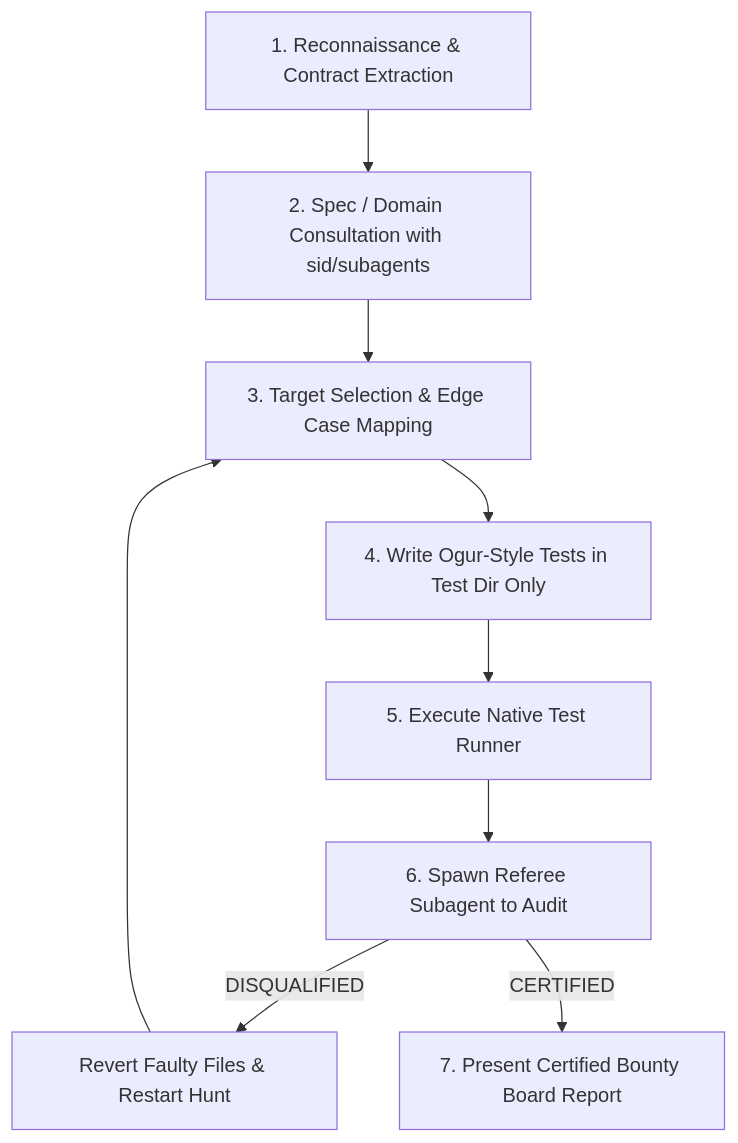
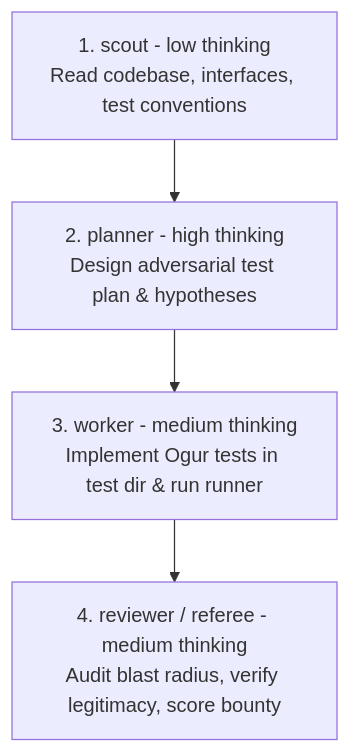
One commit to AtesIsf/agent-skills changed the diagram in garv/SKILL.md. Above: the diagram before and after it, drawn with Mermaid. The commit also changed other lines of this file and 1 other file, not shown here.

Commit message:
feat(garv): split bug hunting into 4-stage subagent chain (scout -> planner -> worker -> referee)

````diff
--- a/garv/SKILL.md
+++ b/garv/SKILL.md
@@ -137,11 +30,6 @@
 ```mermaid
 flowchart TD
-    S1[1. Reconnaissance & Contract Extraction] --> S2[2. Spec / Domain Consultation with sid/subagents]
-    S2 --> S3[3. Target Selection & Edge Case Mapping]
-    S3 --> S4[4. Write Ogur-Style Tests in Test Dir Only]
-    S4 --> S5[5. Execute Native Test Runner]
-    S5 --> S6[6. Spawn Referee Subagent to Audit]
-    S6 -->|DISQUALIFIED| S7[Revert Faulty Files & Restart Hunt]
-    S7 --> S3
-    S6 -->|CERTIFIED| S8[7. Present Certified Bounty Board Report]
+    S1[1. scout - low thinking<br/>Read codebase, interfaces, test conventions] --> S2[2. planner - high thinking<br/>Design adversarial test plan & hypotheses]
+    S2 --> S3[3. worker - medium thinking<br/>Implement Ogur tests in test dir & run runner]
+    S3 --> S4[4. reviewer / referee - medium thinking<br/>Audit blast radius, verify legitimacy, score bounty]
 ```
````
